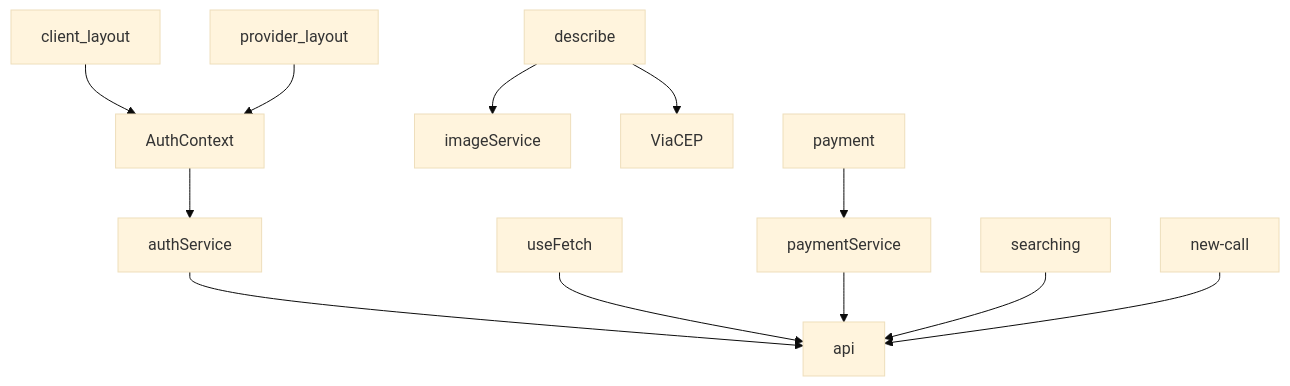
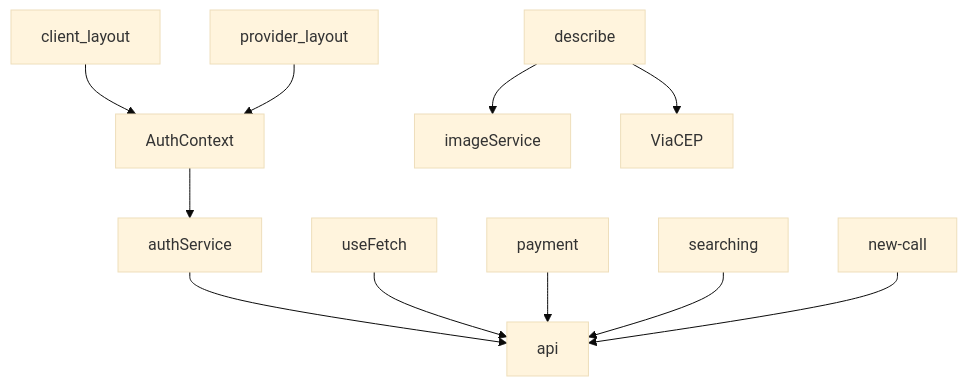
The tenth of 10 diagrams in DOCUMENTACAO_TECNICA.md (fatec-university-projects/WorkEz), drawn with Mermaid (base theme) before and after one commit. The commit also changed other lines of this file and 9 other files, not shown here.

````diff
--- a/DOCUMENTACAO_TECNICA.md
+++ b/DOCUMENTACAO_TECNICA.md
@@ -1742,14 +1743,13 @@
 ```mermaid
 graph TD
     AuthContext --> authService
     authService --> api
     useFetch --> api
-    paymentService --> api
+    payment --> api
     describe --> imageService
     describe --> ViaCEP
     searching --> api
-    payment --> paymentService
     new-call --> api
     client_layout --> AuthContext
     provider_layout --> AuthContext
 ```
````
